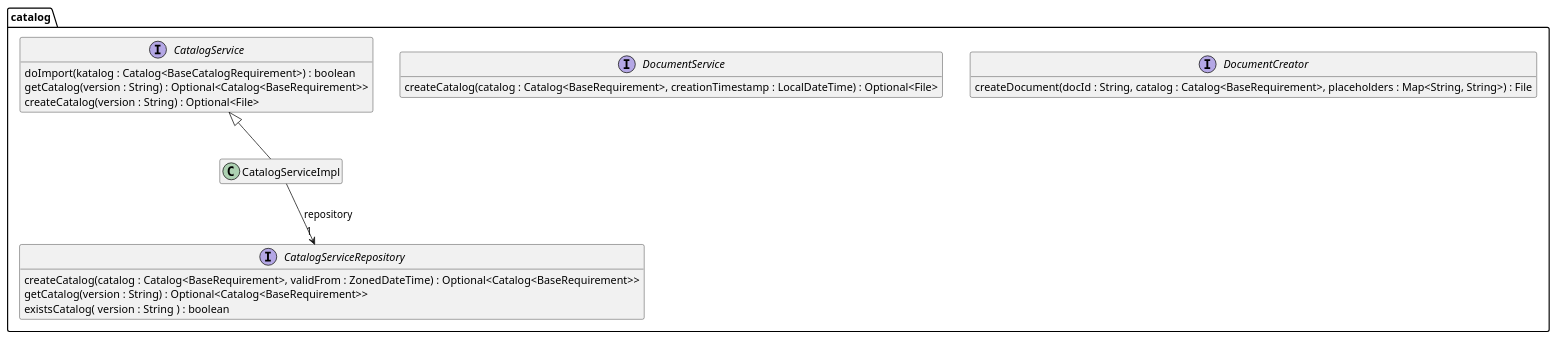
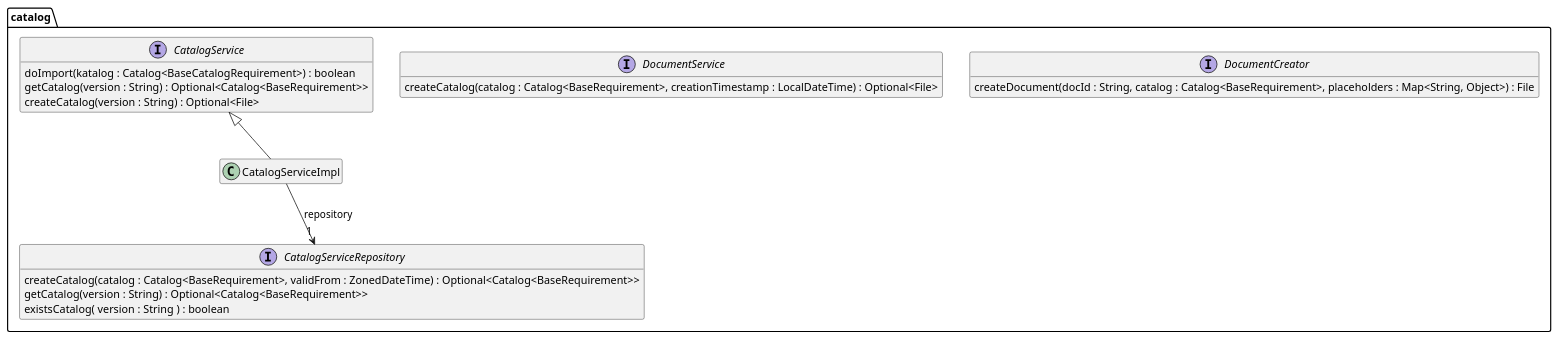
Before and after one commit to tailoringexpert/platform: the diagram in src/site/arc42/plantuml/core/catalog/Ebene3.plantuml, drawn with PlantUML. The commit also changed 43 other files, not shown here.

```diff
--- a/src/site/arc42/plantuml/core/catalog/Ebene3.plantuml
+++ b/src/site/arc42/plantuml/core/catalog/Ebene3.plantuml
@@ -1,32 +1,32 @@
 @startuml Ebene3.png
 hide empty members
 
 package catalog {
 
     interface DocumentCreator {
-        createDocument(docId : String, catalog : Catalog<BaseRequirement>, placeholders : Map<String, String>) : File
+        createDocument(docId : String, catalog : Catalog<BaseRequirement>, placeholders : Map<String, Object>) : File
     }
 
     interface DocumentService {
         createCatalog(catalog : Catalog<BaseRequirement>, creationTimestamp : LocalDateTime) : Optional<File>
     }
 
     interface CatalogService {
         doImport(katalog : Catalog<BaseCatalogRequirement>) : boolean
         getCatalog(version : String) : Optional<Catalog<BaseRequirement>>
         createCatalog(version : String) : Optional<File>
     }
 
     interface CatalogServiceRepository {
         createCatalog(catalog : Catalog<BaseRequirement>, validFrom : ZonedDateTime) : Optional<Catalog<BaseRequirement>>
         getCatalog(version : String) : Optional<Catalog<BaseRequirement>>
         existsCatalog( version : String ) : boolean
     }
 
     class CatalogServiceImpl {
     }
     CatalogService <|-- CatalogServiceImpl
     CatalogServiceImpl --> "1" CatalogServiceRepository : repository
 
 }
 @enduml
```
